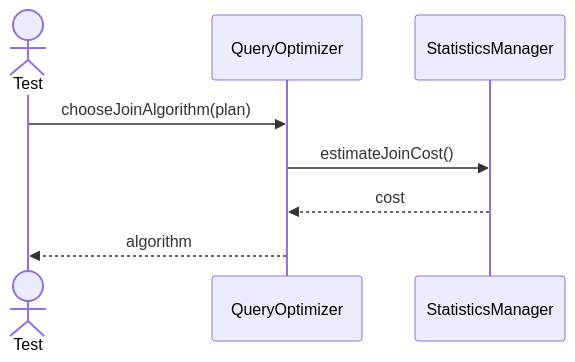
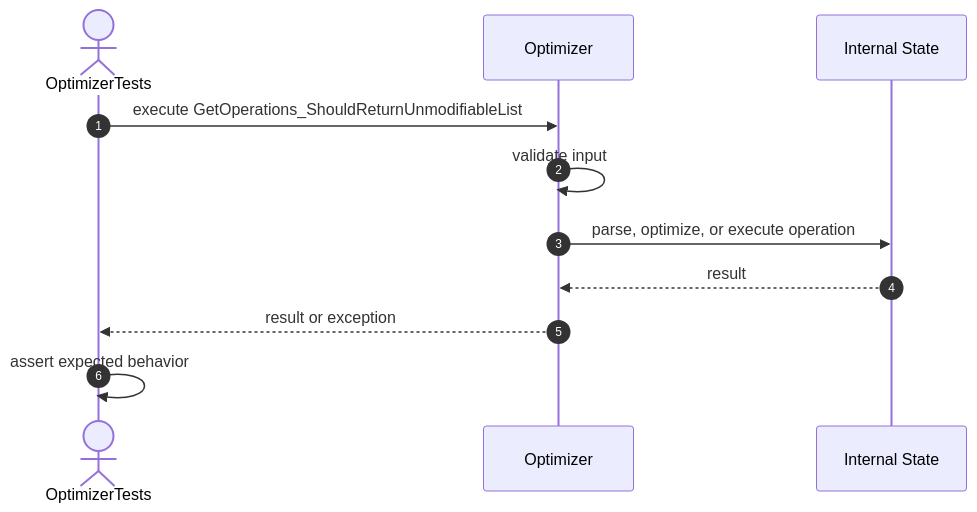
The sixth of 19 diagrams in src/tests/unit/query/sequences/query-optimizer-testing.se.md (FhuAnn/-bbv-AN-s-DBMS), drawn with Mermaid before and after one commit. The commit also changed other lines of this file and 36 other files, not shown here.

````diff
--- a/src/tests/unit/query/sequences/query-optimizer-testing.se.md
+++ b/src/tests/unit/query/sequences/query-optimizer-testing.se.md
@@ -133,11 +96,14 @@
 ```mermaid
 sequenceDiagram
-actor Test
-participant QueryOptimizer
-participant StatisticsManager
+    autonumber
+    actor Test as OptimizerTests
+    participant Target as Optimizer
+    participant Internal as Internal State
 
-Test->>QueryOptimizer: chooseJoinAlgorithm(plan)
-QueryOptimizer->>StatisticsManager: estimateJoinCost()
-StatisticsManager-->>QueryOptimizer: cost
-QueryOptimizer-->>Test: algorithm
+    Test->>Target: execute GetOperations_ShouldReturnUnmodifiableList
+    Target->>Target: validate input
+    Target->>Internal: parse, optimize, or execute operation
+    Internal-->>Target: result
+    Target-->>Test: result or exception
+    Test->>Test: assert expected behavior
 ```
````
